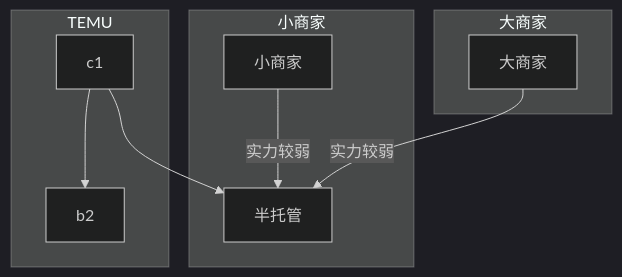
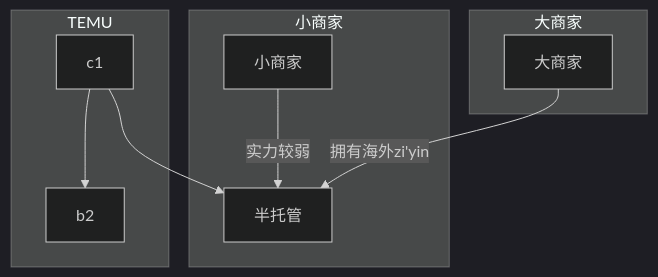
Before and after one commit to Zora0203/iodraw-files: the diagram in all/TEMU链路图.md, drawn with Mermaid (dark theme).

Commit message:
2024-12-06 16:32:27 update

````diff
--- a/all/TEMU链路图.md
+++ b/all/TEMU链路图.md
@@ -1,18 +1,18 @@
 ```mermaid
 flowchart TB
 
     subgraph 小商家
     a1[小商家]--实力较弱-->ban[半托管]
     end
 
 
     subgraph 大商家
-    b1[大商家]--实力较弱-->ban[半托管]
+    b1[大商家]--拥有海外zi'yin-->ban[半托管]
     end
 
 
     subgraph TEMU
     c1-->b2
     c1-->ban
     end
 ```
````
